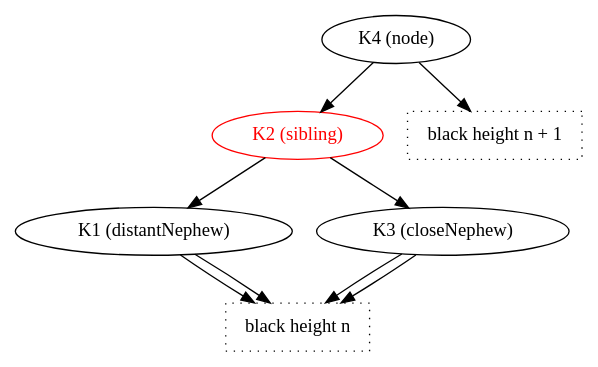
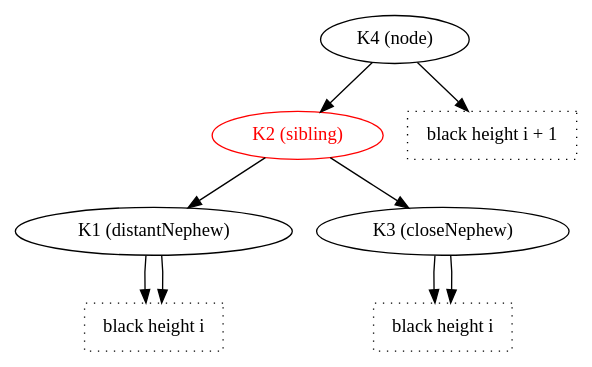
Before and after one commit to nasa/fprime: the diagram in Fw/DataStructures/docs/diagrams/removeBlackLeafNode/all-black-2.dot, drawn with Graphviz. The commit also changed 9 other files, not shown here.

```diff
--- a/Fw/DataStructures/docs/diagrams/removeBlackLeafNode/all-black-2.dot
+++ b/Fw/DataStructures/docs/diagrams/removeBlackLeafNode/all-black-2.dot
@@ -1,21 +1,23 @@
 digraph {
 
   K4 -> K2
-  K4 -> BHnPlus1
+  K4 -> BH1
   K2 -> K1
   K2 -> K3
 
-  K1 -> BHn
-  K1 -> BHn
-  K3 -> BHn
-  K3 -> BHn
+  K1 -> BH2
+  K1 -> BH2
+
+  K3 -> BH3
+  K3 -> BH3
  
   K1 [label="K1 (distantNephew)"]
   K2 [label="K2 (sibling)",color="red",fontcolor="red"]
   K3 [label="K3 (closeNephew)"]
   K4 [label="K4 (node)"]
 
-  BHn [shape="box",label="black height n",style="dotted",fontname="Italic"]
-  BHnPlus1 [shape="box",label="black height n + 1",style="dotted",fontname="Italic"]
+  BH1 [shape="box",label="black height i + 1",style="dotted",fontname="Italic"]
+  BH2 [shape="box",label="black height i",style="dotted",fontname="Italic"]
+  BH3 [shape="box",label="black height i",style="dotted",fontname="Italic"]
 
 }
```
